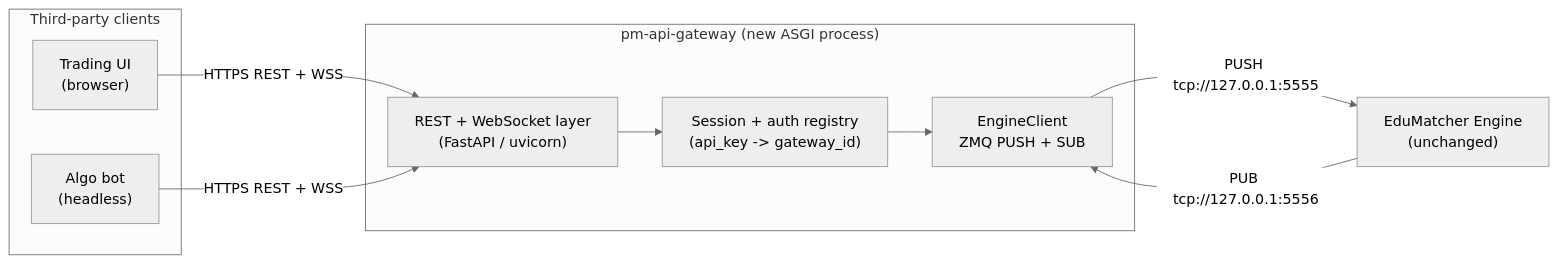
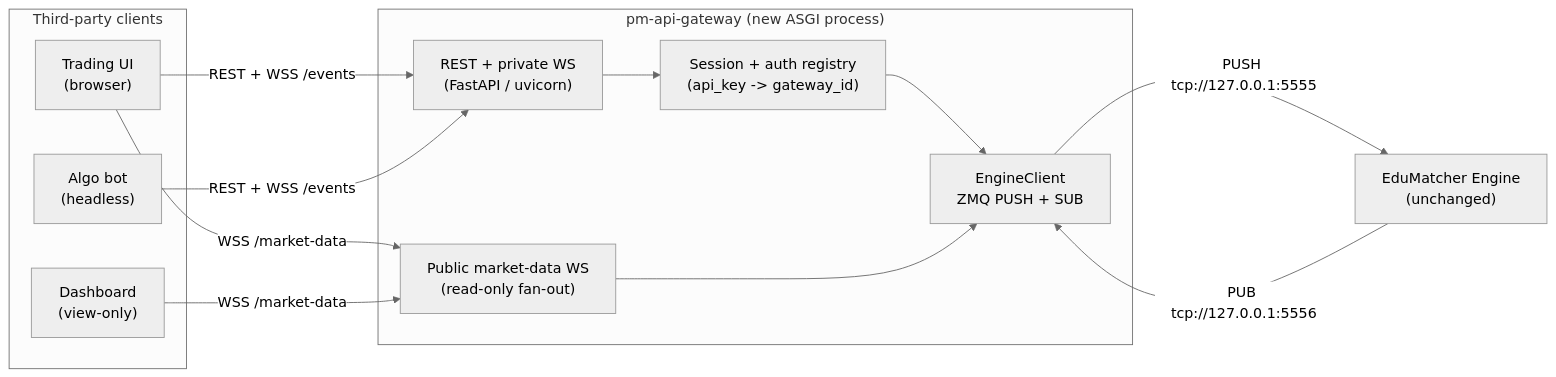
The first of 2 diagrams in docs-design/EduMatcher-alf-api-gwy.md (johan162/EduMatcher), drawn with Mermaid (neutral theme) before and after one commit. The commit also changed other lines of this file, not shown here.

Commit message:
Updated API Gateway design

````diff
--- a/docs-design/EduMatcher-alf-api-gwy.md
+++ b/docs-design/EduMatcher-alf-api-gwy.md
@@ -76,20 +76,25 @@
 ```mermaid
 flowchart LR
     subgraph Clients["Third-party clients"]
         UI["Trading UI\n(browser)"]
         BOT["Algo bot\n(headless)"]
+        DASH["Dashboard\n(view-only)"]
     end
 
-    UI -->|HTTPS REST + WSS| API
-    BOT -->|HTTPS REST + WSS| API
+    UI -->|"REST + WSS /events"| API
+    BOT -->|"REST + WSS /events"| API
+    UI -->|"WSS /market-data"| MD
+    DASH -->|"WSS /market-data"| MD
 
     subgraph GW["pm-api-gateway (new ASGI process)"]
-        API["REST + WebSocket layer\n(FastAPI / uvicorn)"]
+        API["REST + private WS\n(FastAPI / uvicorn)"]
+        MD["Public market-data WS\n(read-only fan-out)"]
         SESS["Session + auth registry\n(api_key -> gateway_id)"]
         TX["EngineClient\nZMQ PUSH + SUB"]
         API --> SESS --> TX
+        MD --> TX
     end
 
     TX -->|PUSH tcp://127.0.0.1:5555| ENG["EduMatcher Engine\n(unchanged)"]
     ENG -->|PUB tcp://127.0.0.1:5556| TX
 ```
````
